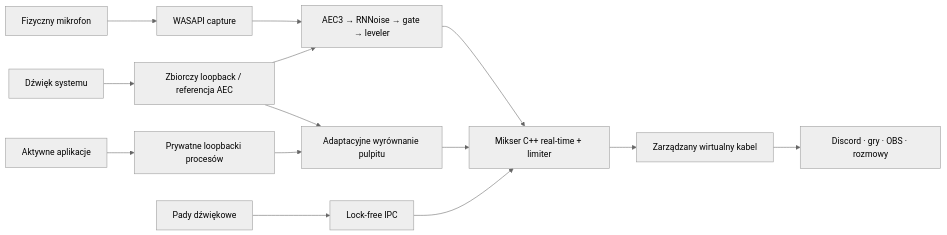
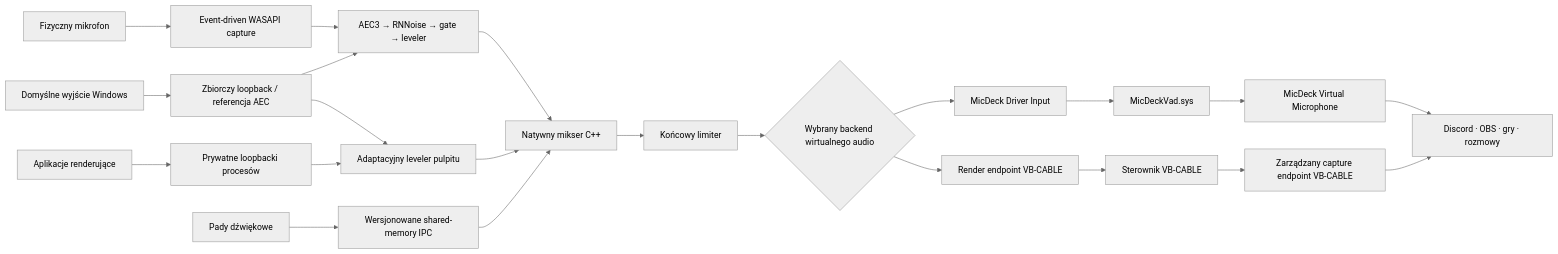
The first of 2 diagrams in README.pl.md (3godzinyL/MicDeck), drawn with Mermaid (neutral theme) before and after one commit. The commit also changed other lines of this file, not shown here.

````diff
--- a/README.pl.md
+++ b/README.pl.md
@@ -128,16 +147,30 @@
 ```mermaid
 flowchart LR
-  mic["Fizyczny mikrofon"] --> capture["WASAPI capture"]
-  desktop["Dźwięk systemu"] --> loopback["Zbiorczy loopback / referencja AEC"]
-  apps["Aktywne aplikacje"] --> process["Prywatne loopbacki procesów"]
-  pads["Pady dźwiękowe"] --> ipc["Lock-free IPC"]
-  loopback --> dsp["AEC3 → RNNoise → gate → leveler"]
-  capture --> dsp
-  dsp --> mixer["Mikser C++ real-time + limiter"]
-  loopback --> desktopbus["Adaptacyjne wyrównanie pulpitu"]
+  mic["Fizyczny mikrofon"] --> capture["Event-driven WASAPI capture"]
+  desktop["Domyślne wyjście Windows"] --> loopback["Zbiorczy loopback / referencja AEC"]
+  apps["Aplikacje renderujące"] --> process["Prywatne loopbacki procesów"]
+  pads["Pady dźwiękowe"] --> ipc["Wersjonowane shared-memory IPC"]
+
+  capture --> voice["AEC3 → RNNoise → gate → leveler"]
+  loopback --> voice
+  loopback --> desktopbus["Adaptacyjny leveler pulpitu"]
   process --> desktopbus
+
+  voice --> mixer["Natywny mikser C++"]
   desktopbus --> mixer
   ipc --> mixer
-  mixer --> cable["Zarządzany wirtualny kabel"]
-  cable --> chat["Discord · gry · OBS · rozmowy"]
+  mixer --> limiter["Końcowy limiter"]
+
+  limiter --> backend{"Wybrany backend wirtualnego audio"}
+
+  backend --> mdinput["MicDeck Driver Input"]
+  mdinput --> mdvad["MicDeckVad.sys"]
+  mdvad --> mdmic["MicDeck Virtual Microphone"]
+
+  backend --> vbinput["Render endpoint VB-CABLE"]
+  vbinput --> vbcable["Sterownik VB-CABLE"]
+  vbcable --> vbmic["Zarządzany capture endpoint VB-CABLE"]
+
+  mdmic --> clients["Discord · OBS · gry · rozmowy"]
+  vbmic --> clients
 ```
````
